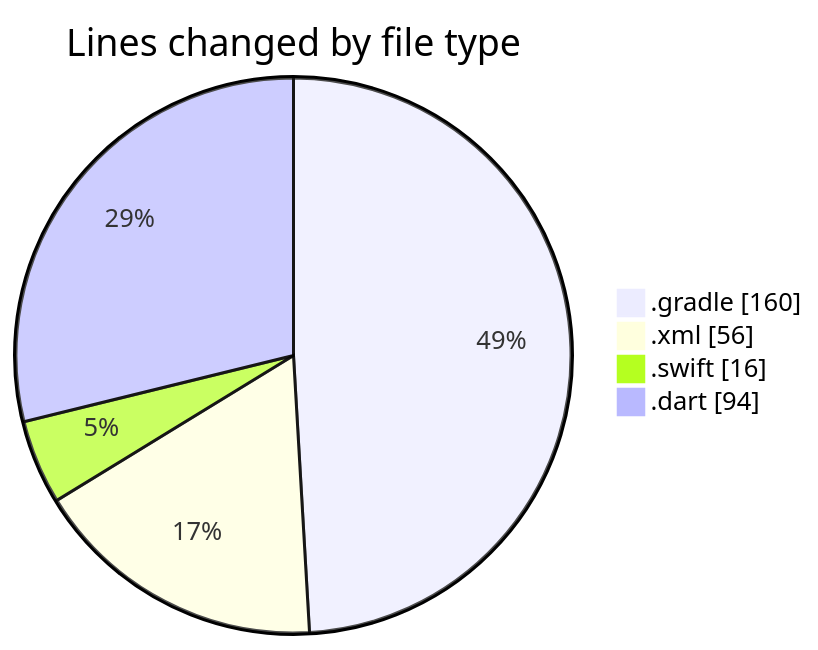
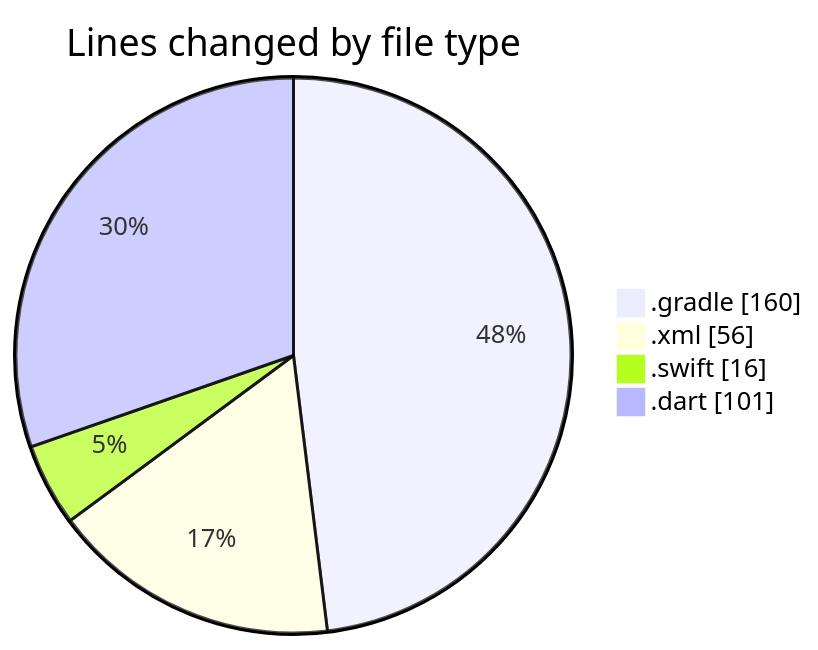
The first of 2 diagrams in 2025-01-01/uber_clone/README.md (donsfak/code-tracking), drawn with Mermaid before and after one commit. The commit also changed other lines of this file and 1 other file, not shown here.

````diff
--- a/2025-01-01/uber_clone/README.md
+++ b/2025-01-01/uber_clone/README.md
@@ -25,8 +25,8 @@
 ```mermaid
 pie showData
 title Lines changed by file type
 ".gradle" : 160
 ".xml" : 56
 ".swift" : 16
-".dart" : 94
+".dart" : 101
 ```
````
